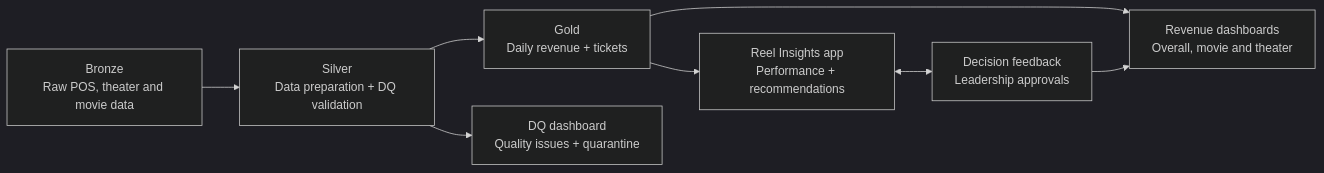
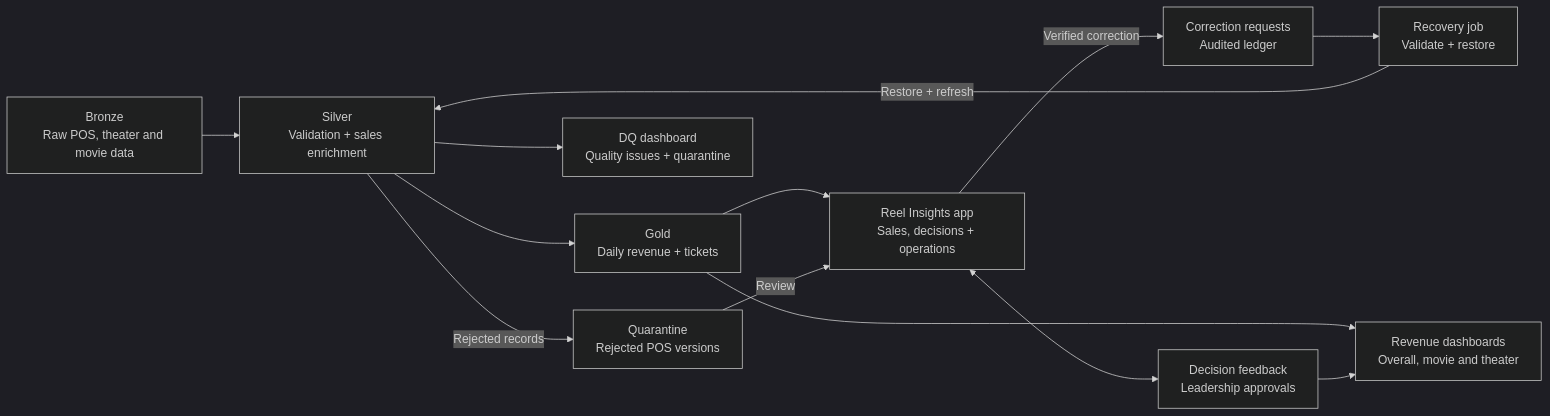
One commit to saibharathparsam/theater_manager_app changed the diagram in reference/theater_enhancements_dataflow.md. Above: the diagram before and after it, drawn with Mermaid (dark theme). The commit also changed 21 other files, not shown here.

Commit message:
app cleaning and data feedbacl

````diff
--- a/reference/theater_enhancements_dataflow.md
+++ b/reference/theater_enhancements_dataflow.md
@@ -5,16 +5,23 @@
 ```mermaid
 flowchart LR
     Bronze["Bronze<br/>Raw POS, theater and movie data"]
-    Silver["Silver<br/>Data preparation + DQ validation"]
+    Silver["Silver<br/>Validation + sales enrichment"]
     Gold["Gold<br/>Daily revenue + tickets"]
     DQ["DQ dashboard<br/>Quality issues + quarantine"]
     Revenue["Revenue dashboards<br/>Overall, movie and theater"]
-    App["Reel Insights app<br/>Performance + recommendations"]
+    Quarantine["Quarantine<br/>Rejected POS versions"]
+    App["Reel Insights app<br/>Sales, decisions + operations"]
     Feedback["Decision feedback<br/>Leadership approvals"]
+    Requests["Correction requests<br/>Audited ledger"]
+    Recovery["Recovery job<br/>Validate + restore"]
 
     Bronze --> Silver --> Gold --> App
     Silver --> DQ
+    Silver -->|Rejected records| Quarantine
+    Quarantine -->|Review| App
+    App -->|Verified correction| Requests --> Recovery
+    Recovery -->|Restore + refresh| Silver
     Gold --> Revenue
     App <--> Feedback
     Feedback --> Revenue
 ```
````
